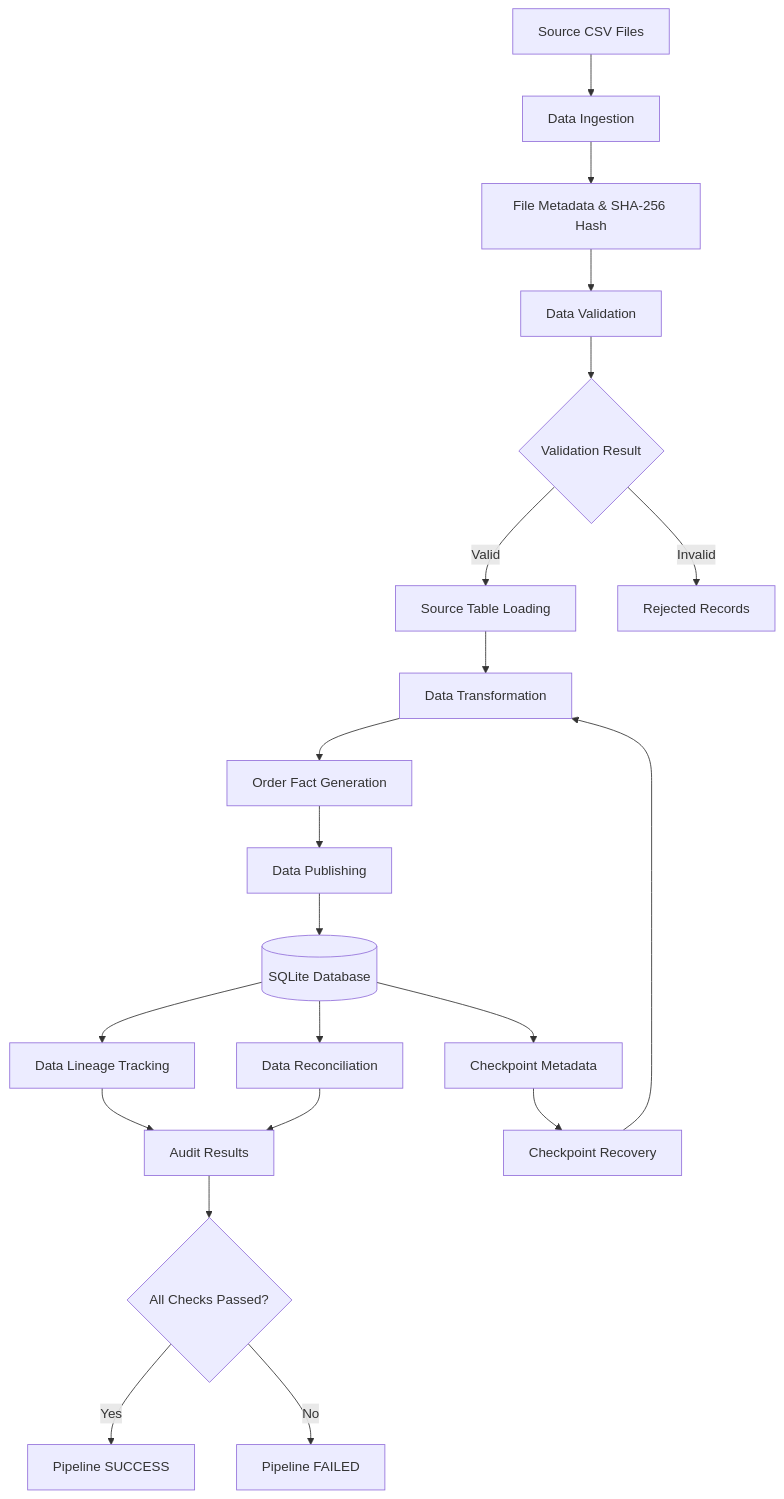
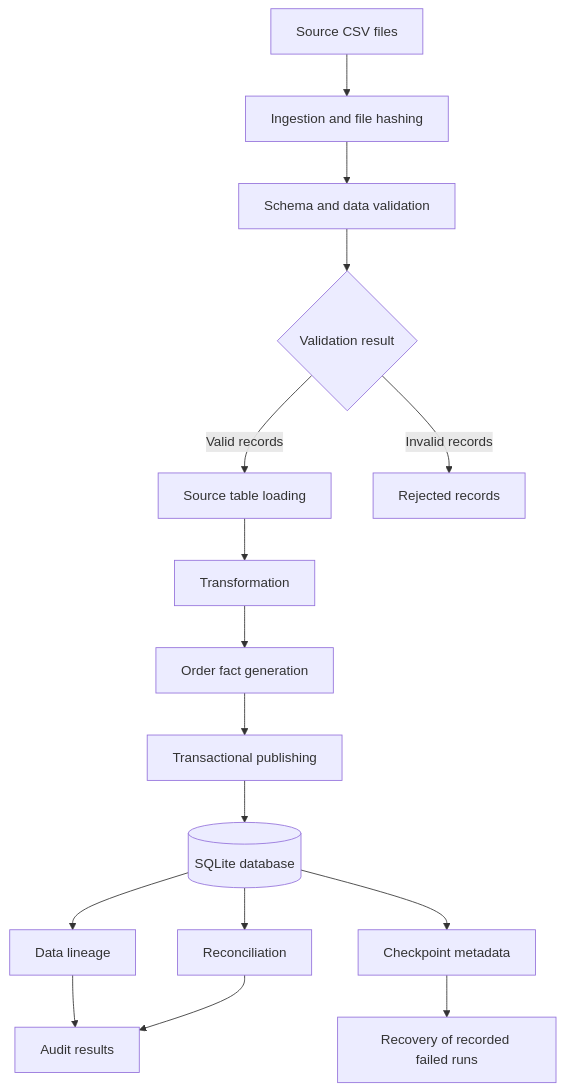
The diagram in README.md (Deva0703/DataFlow-Audit), drawn with Mermaid before and after one commit. The commit also changed other lines of this file, not shown here.

````diff
--- a/README.md
+++ b/README.md
@@ -62,31 +47,18 @@
 ``` mermaid
 flowchart TD
-    A["Source CSV Files"] --> B["Data Ingestion"]
-    B --> C["File Metadata & SHA-256 Hash"]
-    C --> D["Data Validation"]
-
-    D --> E{"Validation Result"}
-
-    E -->|"Valid"| F["Source Table Loading"]
-    E -->|"Invalid"| G["Rejected Records"]
-
-    F --> H["Data Transformation"]
-    H --> I["Order Fact Generation"]
-    I --> J["Data Publishing"]
-
-    J --> K[("SQLite Database")]
-
-    K --> L["Data Lineage Tracking"]
-    K --> M["Data Reconciliation"]
-    K --> N["Checkpoint Metadata"]
-
-    L --> O["Audit Results"]
-    M --> O
-    N --> P["Checkpoint Recovery"]
-
-    O --> Q{"All Checks Passed?"}
-    Q -->|"Yes"| R["Pipeline SUCCESS"]
-    Q -->|"No"| S["Pipeline FAILED"]
-
-    P --> H
+    A[Source CSV files] --> B[Ingestion and file hashing]
+    B --> C[Schema and data validation]
+    C --> D{Validation result}
+    D -->|Valid records| E[Source table loading]
+    D -->|Invalid records| F[Rejected records]
+    E --> G[Transformation]
+    G --> H[Order fact generation]
+    H --> I[Transactional publishing]
+    I --> J[(SQLite database)]
+    J --> K[Data lineage]
+    J --> L[Reconciliation]
+    J --> M[Checkpoint metadata]
+    K --> N[Audit results]
+    L --> N
+    M --> O[Recovery of recorded failed runs]
 ```
````
